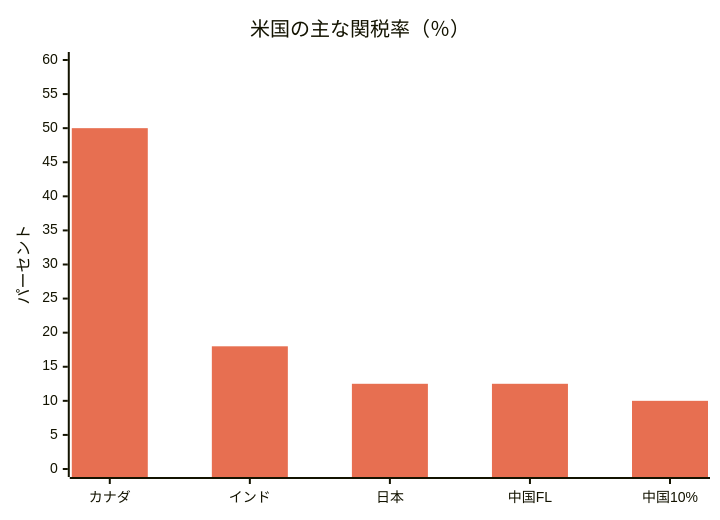
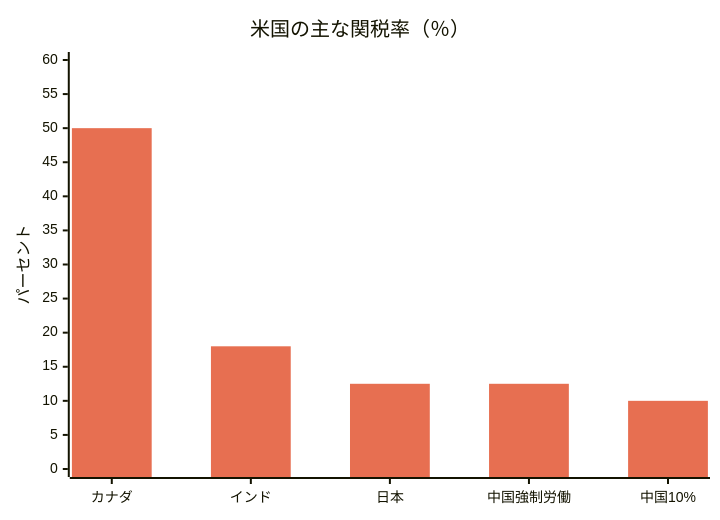
The first of 9 diagrams in Global-Trade-Intelligence-weekly-2026-11-09/index.jp.md (dureach/research), drawn with Mermaid before and after one commit. The commit also changed other lines of this file and 5 other files, not shown here.

````diff
--- a/Global-Trade-Intelligence-weekly-2026-11-09/index.jp.md
+++ b/Global-Trade-Intelligence-weekly-2026-11-09/index.jp.md
@@ -214,8 +214,8 @@
 ```mermaid
 %%{init: {'theme': 'base', 'themeVariables': {'xyChart': {'plotColorPalette': '#e76f51'}}}}%%
 xychart-beta
     title "米国の主な関税率（％）"
-    x-axis ["カナダ", "インド", "日本", "中国FL", "中国10%"]
+    x-axis ["カナダ", "インド", "日本", "中国強制労働", "中国10%"]
     y-axis "パーセント" 0 --> 60
     bar [50, 18, 12.5, 12.5, 10]
 ```
````
